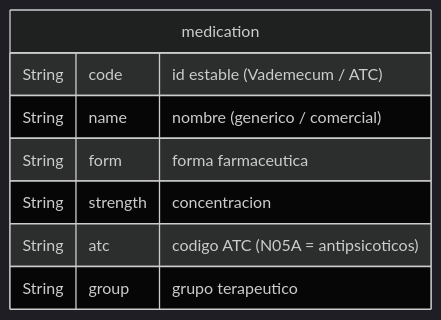
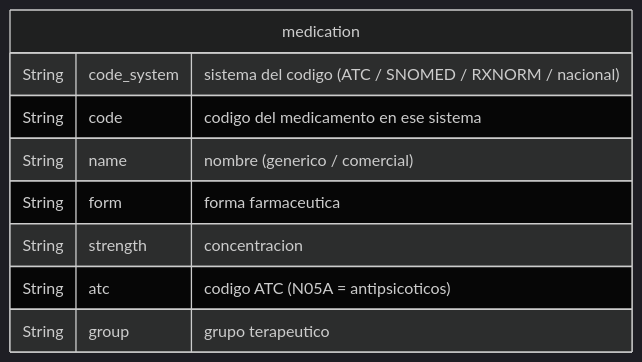
The diagram in db/click_house/catalogs/erd.mmd (m4ck-y/dh_docs), drawn with Mermaid (dark theme) before and after one commit. The commit also changed 1 other file, not shown here.

Commit message:
docs(catalogs): medication catalog — add code_system (CodeableConcept) as identifier

```diff
--- a/db/click_house/catalogs/erd.mmd
+++ b/db/click_house/catalogs/erd.mmd
@@ -1,15 +1,16 @@
 erDiagram
     %% CLICKHOUSE — database: catalogs
     %% Estado: PROPUESTA (columnas por definir/consolidar).
     %% Catalogos masivos (columnar). SIN relaciones/FK (ClickHouse no las tiene):
     %% se listan solo los ATRIBUTOS.
     %% Fuente: Vademecum (pendiente de definir).
 
     medication {
-        String code "id estable (Vademecum / ATC)"
+        String code_system "sistema del codigo (ATC / SNOMED / RXNORM / nacional)"
+        String code "codigo del medicamento en ese sistema"
         String name "nombre (generico / comercial)"
         String form "forma farmaceutica"
         String strength "concentracion"
         String atc "codigo ATC (N05A = antipsicoticos)"
         String group "grupo terapeutico"
     }
```
